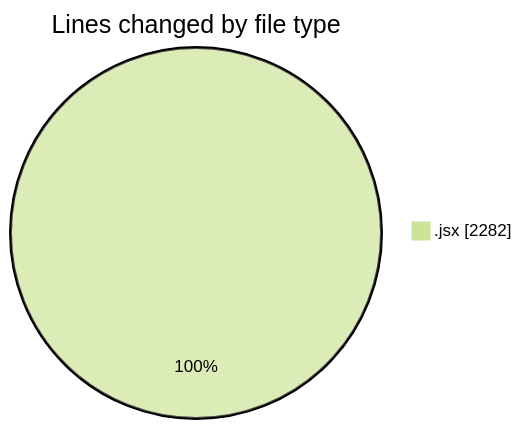
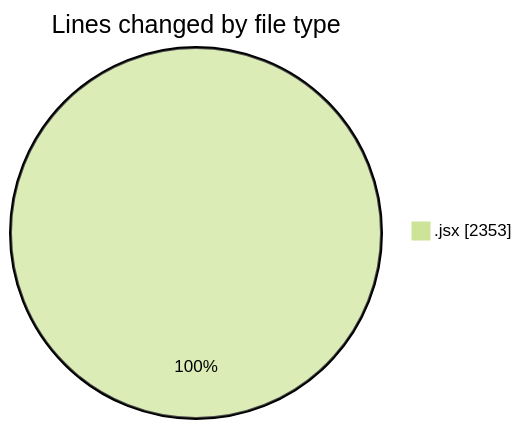
Before and after one commit to nxtqubesakshisongat/code-tracking: the first of 2 diagrams in 2025-07-14/argos/README.md, drawn with Mermaid (forest theme). The commit also changed other lines of this file and 1 other file, not shown here.

````diff
--- a/2025-07-14/argos/README.md
+++ b/2025-07-14/argos/README.md
@@ -22,5 +23,5 @@
 ```mermaid
 pie showData
 title Lines changed by file type
-".jsx" : 2282
+".jsx" : 2353
 ```
````
